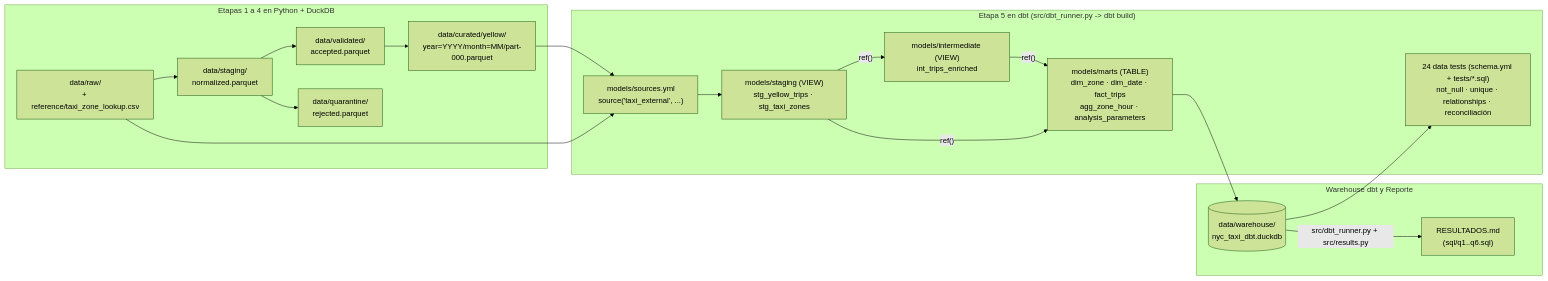
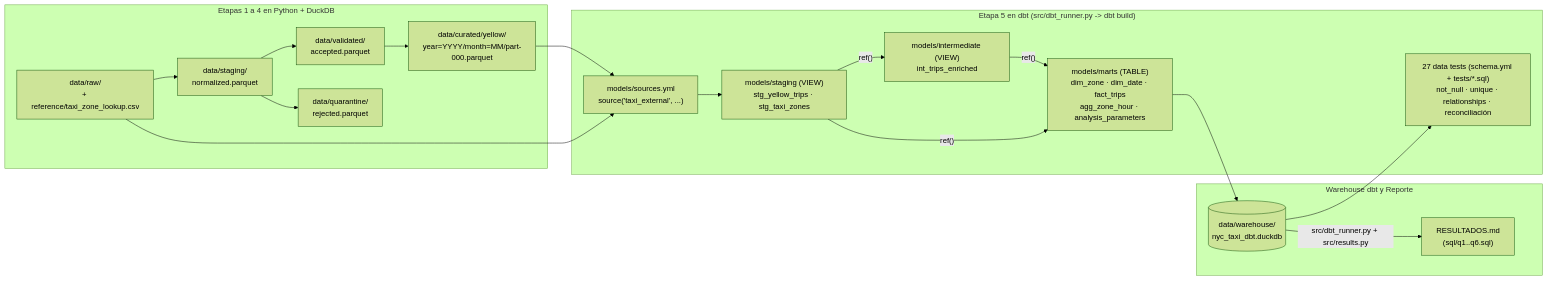
Before and after one commit to victormanuellibran/examen_Taxis: the first of 2 diagrams in docs/ARQUITECTURA.md, drawn with Mermaid (forest theme). The commit also changed other lines of this file and 11 other files, not shown here.

````diff
--- a/docs/ARQUITECTURA.md
+++ b/docs/ARQUITECTURA.md
@@ -57,30 +57,30 @@
 ```mermaid
 flowchart LR
     subgraph PY_STAGES["Etapas 1 a 4 en Python + DuckDB"]
         RAW["data/raw/\n+ reference/taxi_zone_lookup.csv"] --> STG_P["data/staging/\nnormalized.parquet"]
         STG_P --> VAL_P["data/validated/\naccepted.parquet"]
         STG_P --> QUA_P["data/quarantine/\nrejected.parquet"]
         VAL_P --> CUR_P["data/curated/yellow/\nyear=YYYY/month=MM/part-000.parquet"]
     end
 
     subgraph DBT_STAGE["Etapa 5 en dbt (src/dbt_runner.py -> dbt build)"]
         SRC["models/sources.yml\nsource('taxi_external', ...)"]
         V_STG["models/staging (VIEW)\nstg_yellow_trips · stg_taxi_zones"]
         V_INT["models/intermediate (VIEW)\nint_trips_enriched"]
         T_MART["models/marts (TABLE)\ndim_zone · dim_date · fact_trips\nagg_zone_hour · analysis_parameters"]
-        TESTS["24 data tests (schema.yml + tests/*.sql)\nnot_null · unique · relationships · reconciliación"]
+        TESTS["27 data tests (schema.yml + tests/*.sql)\nnot_null · unique · relationships · reconciliación"]
     end
 
     subgraph OUT["Warehouse dbt y Reporte"]
         DBT_WH[("data/warehouse/\nnyc_taxi_dbt.duckdb")]
         RES_MD["RESULTADOS.md\n(sql/q1..q6.sql)"]
     end
 
     CUR_P & RAW --> SRC
     SRC --> V_STG
     V_STG -->|"ref()"| V_INT
     V_INT & V_STG -->|"ref()"| T_MART
     T_MART --> DBT_WH
     DBT_WH --> TESTS
     DBT_WH -->|"src/dbt_runner.py + src/results.py"| RES_MD
 ```
````
